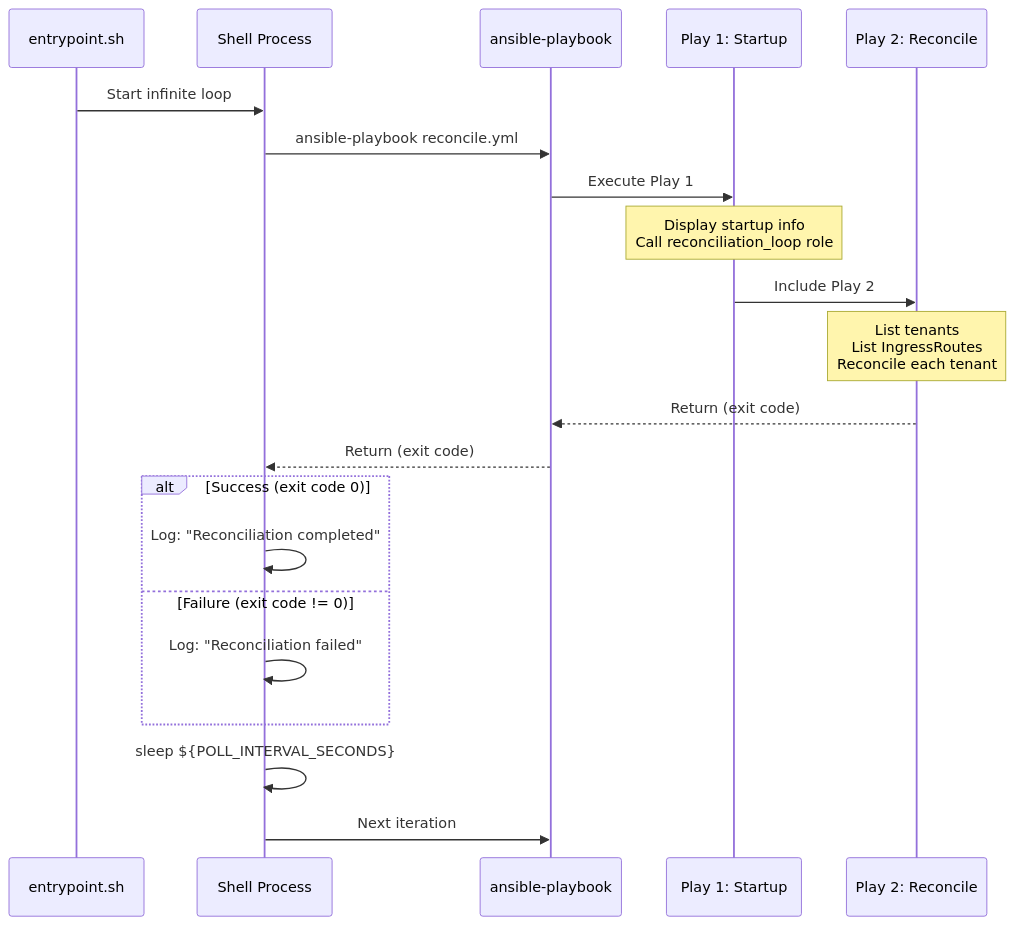
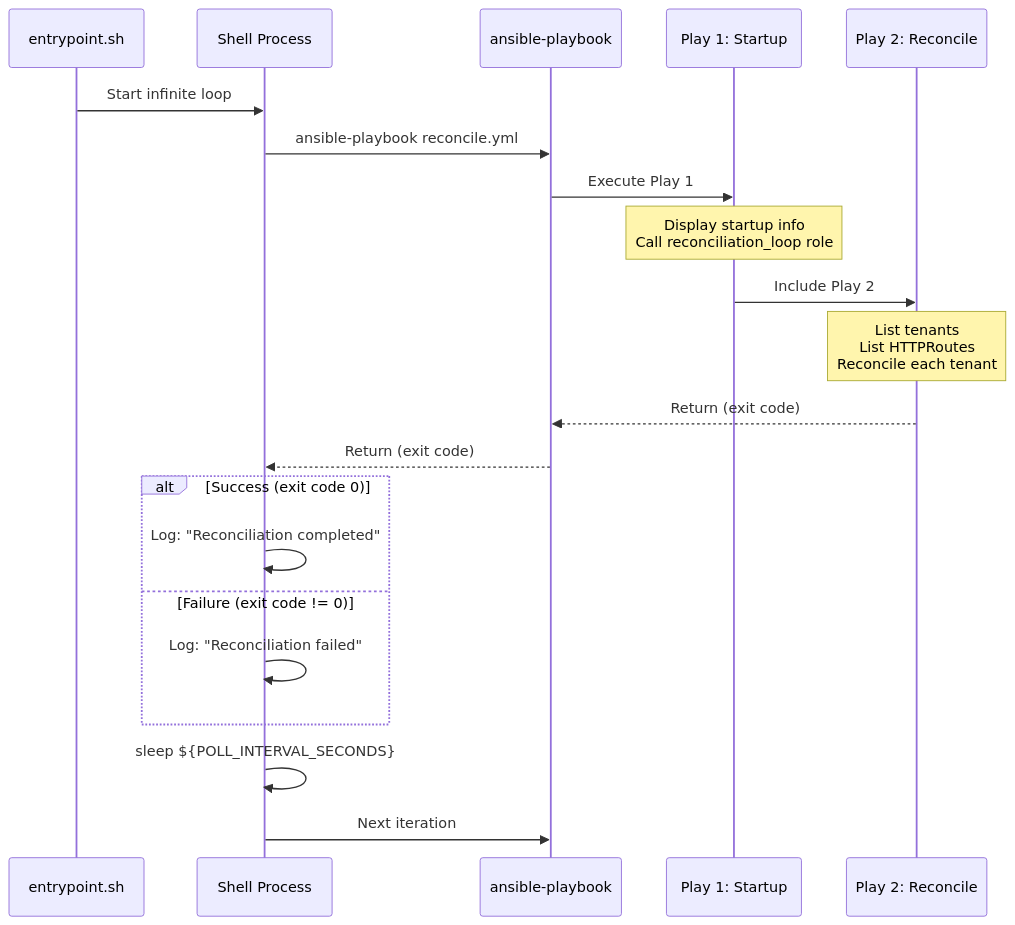
Before and after one commit to wheetazlab/cloudflare-zero-trust-operator: the second of 20 diagrams in docs/flow.md, drawn with Mermaid. The commit also changed other lines of this file and 24 other files, not shown here.

````diff
--- a/docs/flow.md
+++ b/docs/flow.md
@@ -305,29 +305,29 @@
 ```mermaid
 sequenceDiagram
     participant Entry as entrypoint.sh
     participant Shell as Shell Process
     participant Ansible as ansible-playbook
     participant Play1 as Play 1: Startup
     participant Play2 as Play 2: Reconcile
     
     Entry->>Shell: Start infinite loop
     Shell->>Ansible: ansible-playbook reconcile.yml
     
     Ansible->>Play1: Execute Play 1
     Note over Play1: Display startup info<br/>Call reconciliation_loop role
     
     Play1->>Play2: Include Play 2
-    Note over Play2: List tenants<br/>List IngressRoutes<br/>Reconcile each tenant
+    Note over Play2: List tenants<br/>List HTTPRoutes<br/>Reconcile each tenant
     
     Play2-->>Ansible: Return (exit code)
     Ansible-->>Shell: Return (exit code)
     
     alt Success (exit code 0)
         Shell->>Shell: Log: "Reconciliation completed"
     else Failure (exit code != 0)
         Shell->>Shell: Log: "Reconciliation failed"
     end
     
     Shell->>Shell: sleep ${POLL_INTERVAL_SECONDS}
     Shell->>Ansible: Next iteration
 ```
````
